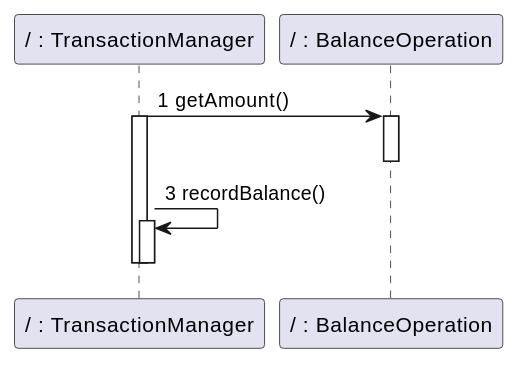
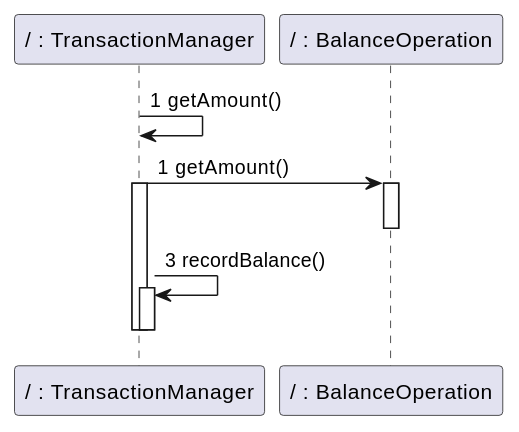
Before and after one commit to nicolabattaglino/ezshop: diagram 33 of 34 in Deliverables/DesignDocument.md, drawn with PlantUML. The commit also changed other lines of this file, not shown here.

````diff
--- a/Deliverables/DesignDocument.md
+++ b/Deliverables/DesignDocument.md
@@ -1583,18 +1621,20 @@
 ```plantuml
 @startuml
 
 
 participant "/ : TransactionManager" as TransactionManager
 participant "/ : BalanceOperation" as BalanceOperation
+TransactionManager-> TransactionManager:1 getAmount()
+
 TransactionManager-> BalanceOperation:1 getAmount()
 activate BalanceOperation
 
 deactivate BalanceOperation
 activate TransactionManager
 TransactionManager -> TransactionManager:3 recordBalance() 
 activate TransactionManager
 deactivate TransactionManager
 deactivate TransactionManager
 
 @enduml
 ```
````
